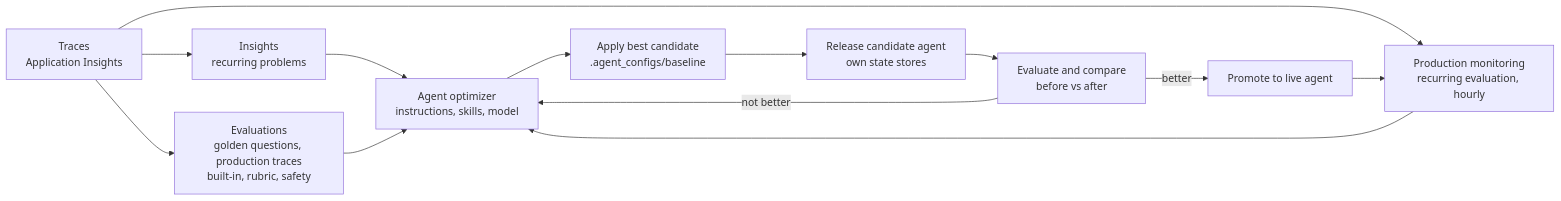
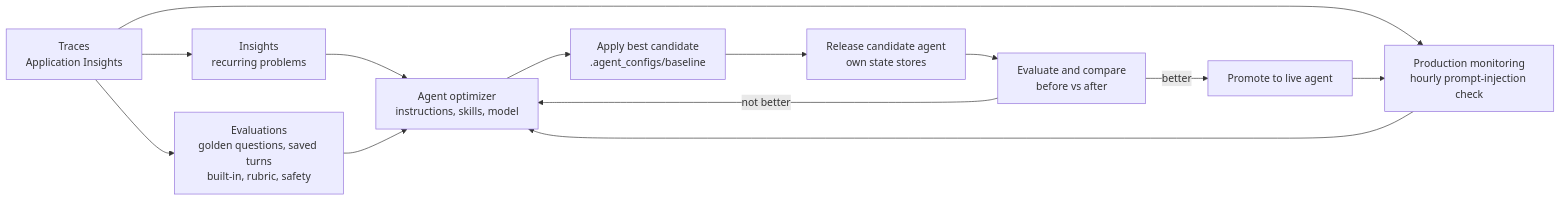
One commit to dhangerkapil/investment-advisor-agent-microsoft-iq changed the diagram in docs/QUALITY-LOOP.md. Above: the diagram before and after it, drawn with Mermaid. The commit also changed other lines of this file and 1 other file, not shown here.

First line of the commit message:
Quality loop: judges that fit what each evaluation sees

````diff
--- a/docs/QUALITY-LOOP.md
+++ b/docs/QUALITY-LOOP.md
@@ -7,15 +7,15 @@
 ```mermaid
 flowchart LR
     T[Traces<br/>Application Insights] --> I[Insights<br/>recurring problems]
-    T --> E[Evaluations<br/>golden questions, production traces<br/>built-in, rubric, safety]
-    T --> M[Production monitoring<br/>recurring evaluation, hourly]
+    T --> E[Evaluations<br/>golden questions, saved turns<br/>built-in, rubric, safety]
+    T --> M[Production monitoring<br/>hourly prompt-injection check]
     I --> O[Agent optimizer<br/>instructions, skills, model]
     E --> O
     M --> O
     O --> A[Apply best candidate<br/>.agent_configs/baseline]
     A --> R[Release candidate agent<br/>own state stores]
     R --> C[Evaluate and compare<br/>before vs after]
     C -->|better| P[Promote to live agent]
     C -->|not better| O
     P --> M
 ```
````
